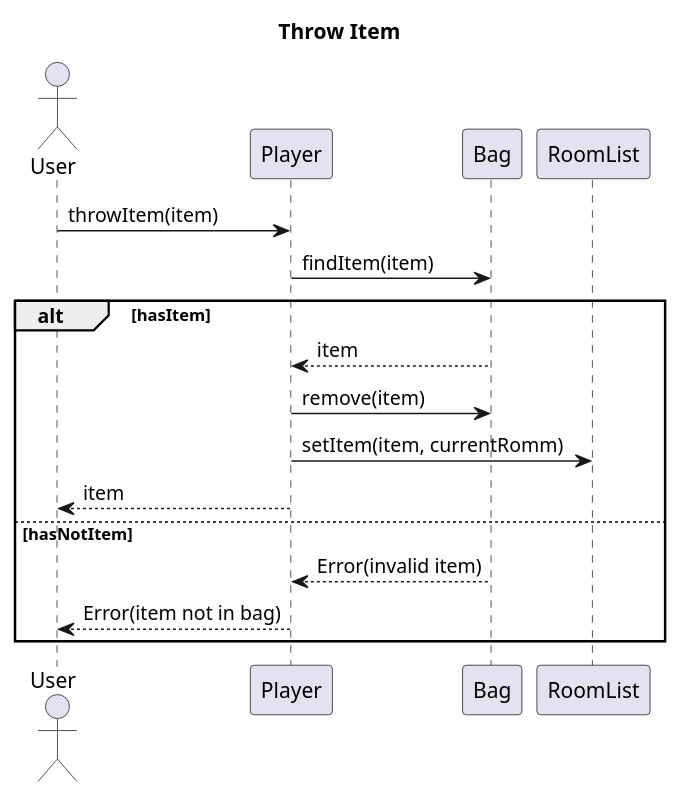
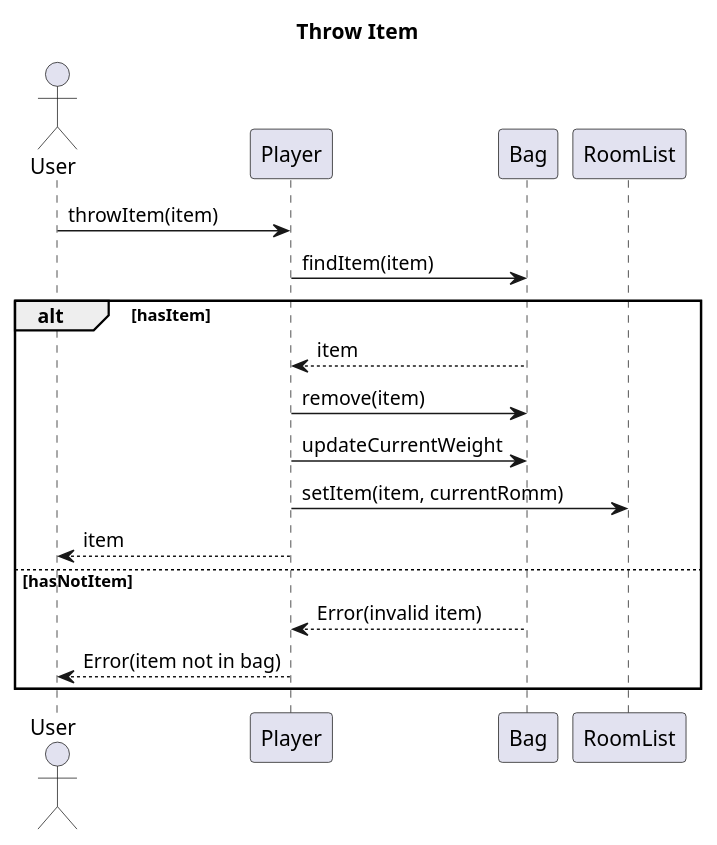
Before and after one commit to EDIDS/EDIDS_Proj: the diagram in src/main/java/com/extraction/uml/uml diagrams/Internal Sequence Diagrams/Throw-Item.puml, drawn with PlantUML. The commit also changed 5 other files, not shown here.

Commit message:
Updated internal sequence diagrams.

```diff
--- a/src/main/java/com/extraction/uml/uml diagrams/Internal Sequence Diagrams/Throw-Item.puml
+++ b/src/main/java/com/extraction/uml/uml diagrams/Internal Sequence Diagrams/Throw-Item.puml
@@ -1,22 +1,23 @@
 @startuml
 
 title Throw Item
 
 actor User
 participant Player
 participant Bag
 participant RoomList
 
 User -> Player : throwItem(item)
 Player -> Bag : findItem(item)
 alt hasItem
   return item
   Player -> Bag : remove(item)
+  Player -> Bag : updateCurrentWeight
   Player -> RoomList : setItem(item, currentRomm)
   Player --> User : item
 else hasNotItem
   Bag --> Player : Error(invalid item)
   Player --> User : Error(item not in bag)
 end
 
 @enduml
```
